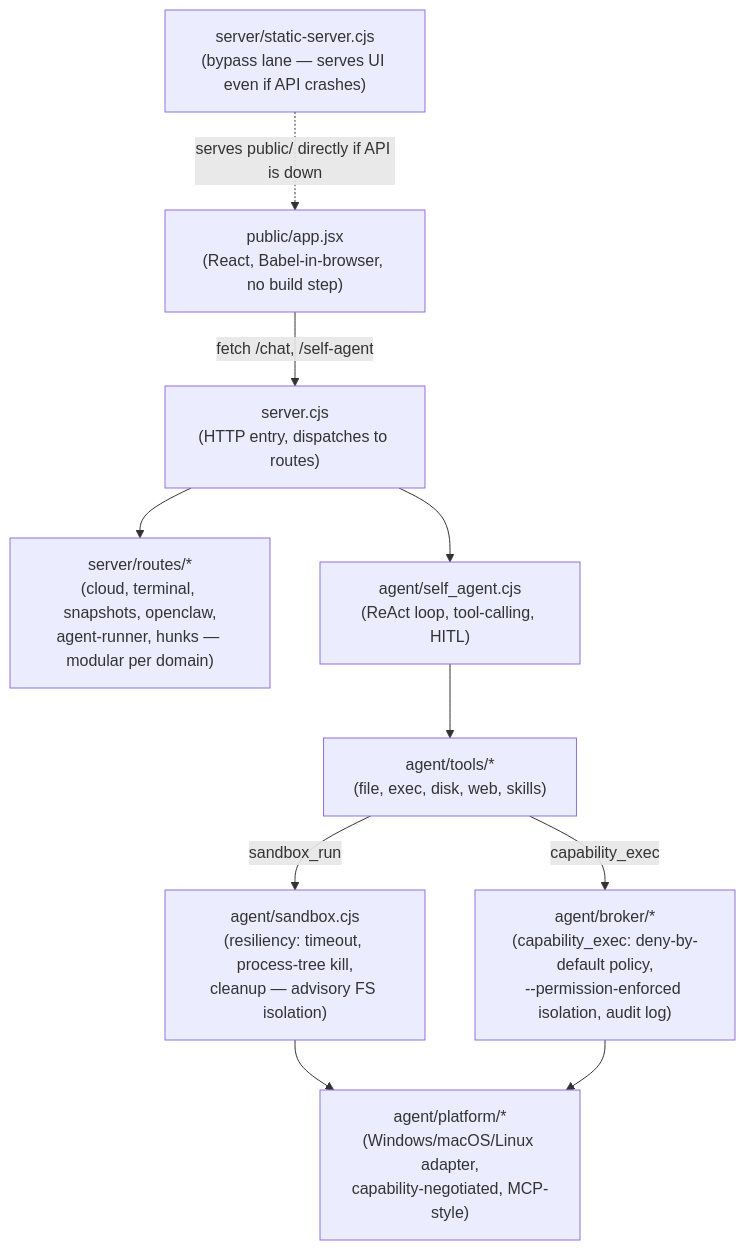
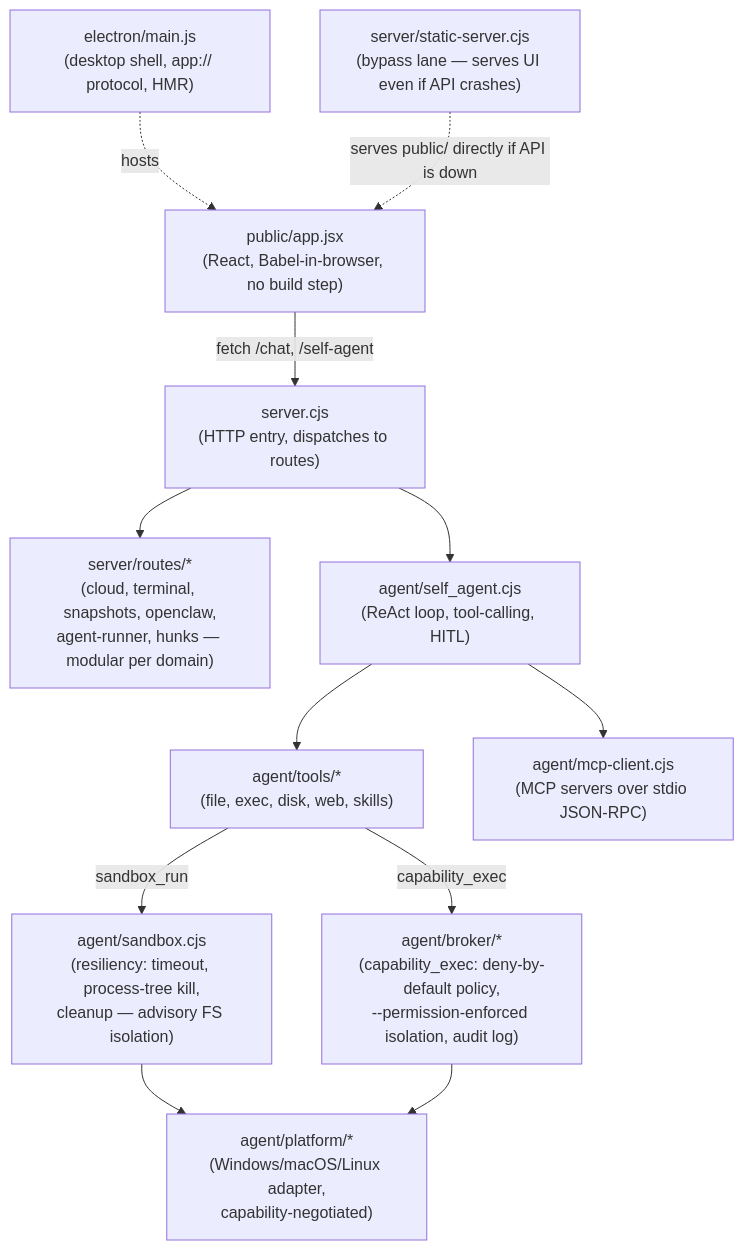
The diagram in README.md (tegardave-alt/Wolfspace-ai-native), drawn with Mermaid before and after one commit. The commit also changed other lines of this file and 1 other file, not shown here.

````diff
--- a/README.md
+++ b/README.md
@@ -92,22 +123,26 @@
 ```mermaid
 graph TD
+    Shell["electron/main.js<br/>(desktop shell, app:// protocol, HMR)"]
     UI["public/app.jsx<br/>(React, Babel-in-browser, no build step)"]
     Static["server/static-server.cjs<br/>(bypass lane — serves UI even if API crashes)"]
     API["server.cjs<br/>(HTTP entry, dispatches to routes)"]
     Routes["server/routes/*<br/>(cloud, terminal, snapshots, openclaw,<br/>agent-runner, hunks — modular per domain)"]
     Agent["agent/self_agent.cjs<br/>(ReAct loop, tool-calling, HITL)"]
     Tools["agent/tools/*<br/>(file, exec, disk, web, skills)"]
+    MCP["agent/mcp-client.cjs<br/>(MCP servers over stdio JSON-RPC)"]
     Sandbox["agent/sandbox.cjs<br/>(resiliency: timeout, process-tree kill,<br/>cleanup — advisory FS isolation)"]
     Broker["agent/broker/*<br/>(capability_exec: deny-by-default policy,<br/>--permission-enforced isolation, audit log)"]
-    Platform["agent/platform/*<br/>(Windows/macOS/Linux adapter,<br/>capability-negotiated, MCP-style)"]
+    Platform["agent/platform/*<br/>(Windows/macOS/Linux adapter,<br/>capability-negotiated)"]
 
+    Shell -.->|hosts| UI
     UI -->|fetch /chat, /self-agent| API
     Static -.->|serves public/ directly if API is down| UI
     API --> Routes
     API --> Agent
     Agent --> Tools
+    Agent --> MCP
     Tools -->|sandbox_run| Sandbox
     Tools -->|capability_exec| Broker
     Sandbox --> Platform
     Broker --> Platform
 ```
````
